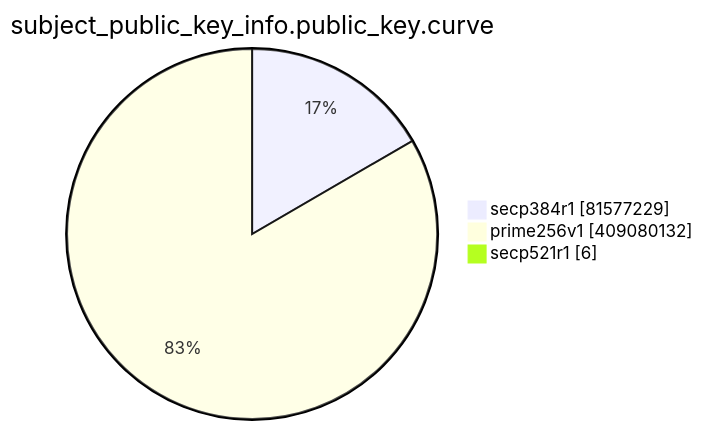
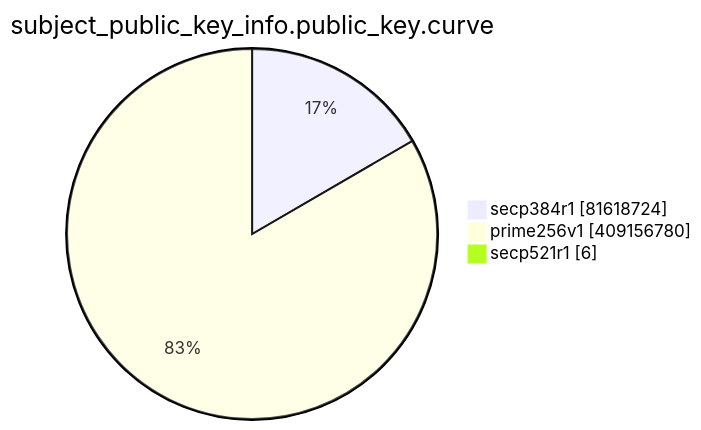
The eighth of 15 diagrams in TOTAL/README.md (christiankrug/ctmonitor_visualization), drawn with Mermaid before and after one commit. The commit also changed other lines of this file, not shown here.

````diff
--- a/TOTAL/README.md
+++ b/TOTAL/README.md
@@ -3096,7 +3096,7 @@
 ```mermaid
 pie showData
 title subject_public_key_info.public_key.curve
-"secp384r1" :81577229
-"prime256v1" :409080132
+"secp384r1" :81618724
+"prime256v1" :409156780
 "secp521r1" :6
 ```
````
